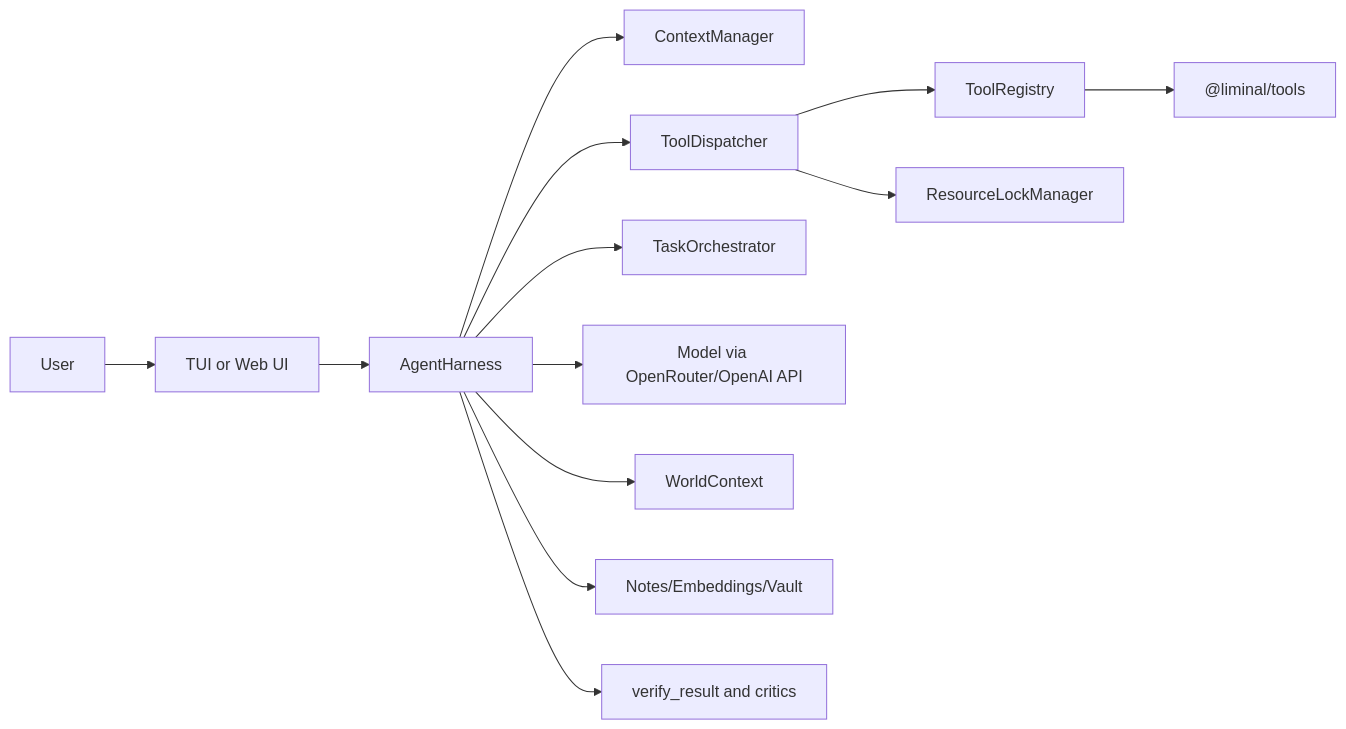
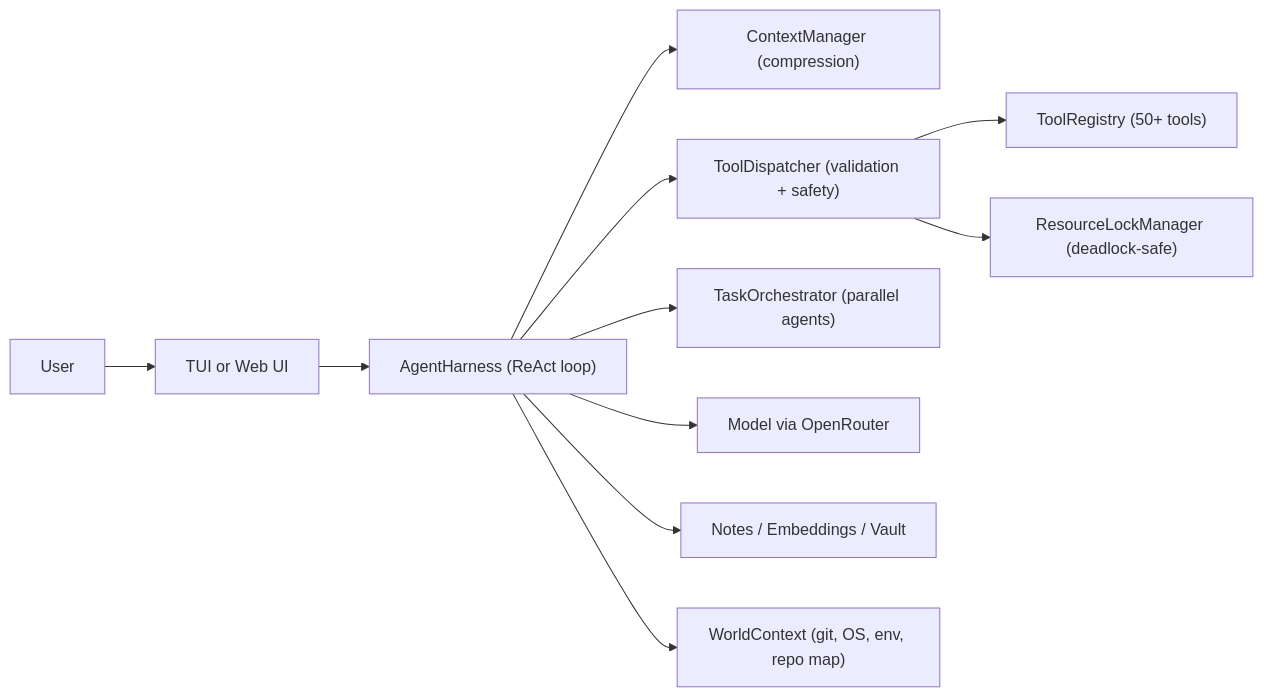
Before and after one commit to traidy2222/liminal-ai: the diagram in README.md, drawn with Mermaid. The commit also changed other lines of this file, not shown here.

First line of the commit message:
docs: rewrite README around real-world possibilities

````diff
--- a/README.md
+++ b/README.md
@@ -39,15 +80,13 @@
 ```mermaid
 flowchart LR
-  User[User] --> UI[TUI or Web UI]
-  UI --> Harness[AgentHarness]
-  Harness --> Context[ContextManager]
-  Harness --> Dispatcher[ToolDispatcher]
-  Dispatcher --> Registry[ToolRegistry]
-  Registry --> Tools["@liminal/tools"]
-  Dispatcher --> Locks[ResourceLockManager]
-  Harness --> Orchestrator[TaskOrchestrator]
-  Harness --> LLM[Model via OpenRouter/OpenAI API]
-  Harness --> WorldCtx[WorldContext]
-  Harness --> Memory[Notes/Embeddings/Vault]
-  Harness --> Critic[verify_result and critics]
+  User --> UI["TUI or Web UI"]
+  UI --> Harness["AgentHarness (ReAct loop)"]
+  Harness --> Context["ContextManager (compression)"]
+  Harness --> Dispatcher["ToolDispatcher (validation + safety)"]
+  Dispatcher --> Registry["ToolRegistry (50+ tools)"]
+  Dispatcher --> Locks["ResourceLockManager (deadlock-safe)"]
+  Harness --> Orchestrator["TaskOrchestrator (parallel agents)"]
+  Harness --> LLM["Model via OpenRouter"]
+  Harness --> Memory["Notes / Embeddings / Vault"]
+  Harness --> WorldCtx["WorldContext (git, OS, env, repo map)"]
 ```
````
